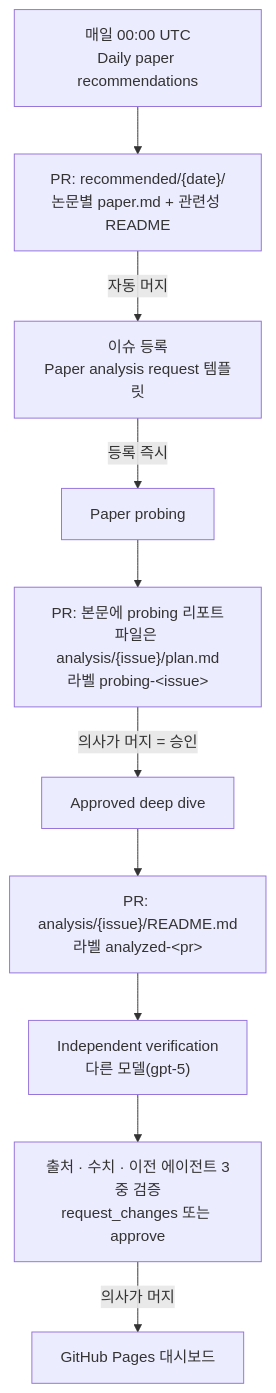
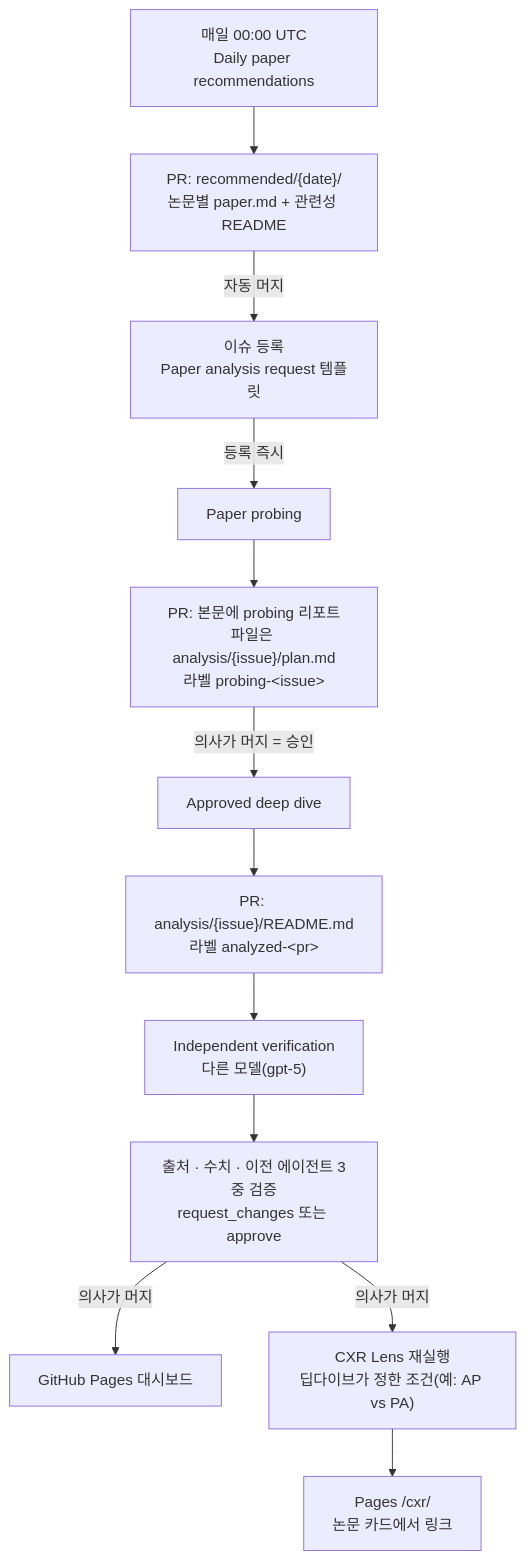
One commit to mhlee-ms/medical-sdlc-cxr changed the diagram in README.md. Above: the diagram before and after it, drawn with Mermaid. The commit also changed other lines of this file and 10 other files, not shown here.

First line of the commit message:
Link paper deep dives to CXR Lens re-runs

````diff
--- a/README.md
+++ b/README.md
@@ -18,12 +18,14 @@
 ```mermaid
 flowchart TD
     A["매일 00:00 UTC<br/>Daily paper recommendations"] --> B["PR: recommended/{date}/<br/>논문별 paper.md + 관련성 README"]
     B -->|자동 머지| C["이슈 등록<br/>Paper analysis request 템플릿"]
     C -->|등록 즉시| D["Paper probing"]
     D --> E["PR: 본문에 probing 리포트<br/>파일은 analysis/{issue}/plan.md<br/>라벨 probing-&lt;issue&gt;"]
     E -->|의사가 머지 = 승인| F["Approved deep dive"]
     F --> G["PR: analysis/{issue}/README.md<br/>라벨 analyzed-&lt;pr&gt;"]
     G --> H["Independent verification<br/>다른 모델(gpt-5)"]
     H --> I["출처 · 수치 · 이전 에이전트 3중 검증<br/>request_changes 또는 approve"]
     I -->|의사가 머지| J["GitHub Pages 대시보드"]
+    I -->|의사가 머지| K["CXR Lens 재실행<br/>딥다이브가 정한 조건(예: AP vs PA)"]
+    K --> L["Pages /cxr/<br/>논문 카드에서 링크"]
 ```
````
